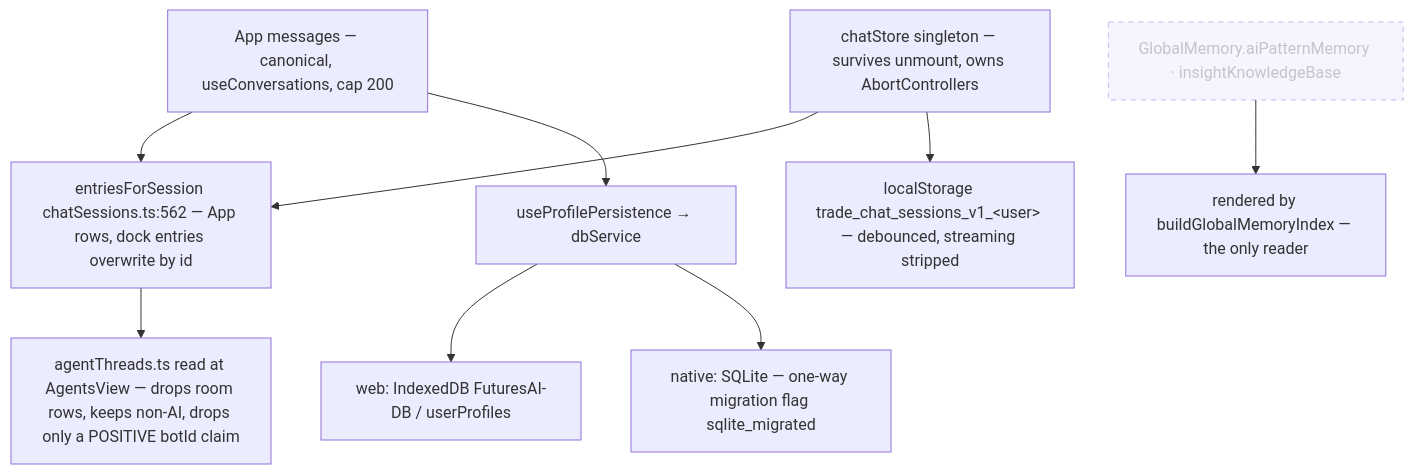
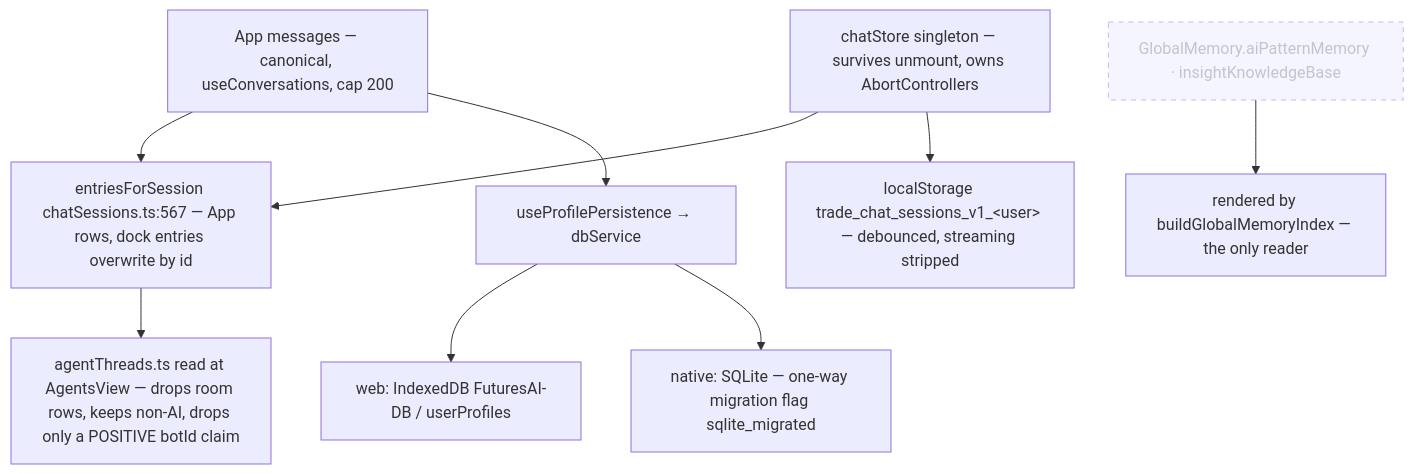
One commit to Acepay25/august-3.5 changed the seventh of 7 diagrams in docs/app-flow.md. Above: the diagram before and after it, drawn with Mermaid. The commit also changed other lines of this file and 12 other files, not shown here.

````diff
--- a/docs/app-flow.md
+++ b/docs/app-flow.md
@@ -358,12 +358,12 @@
 ```mermaid
 flowchart TD
-    MSG["App messages — canonical, useConversations, cap 200"] --> MER["entriesForSession chatSessions.ts:562 — App rows, dock entries overwrite by id"]
+    MSG["App messages — canonical, useConversations, cap 200"] --> MER["entriesForSession chatSessions.ts:567 — App rows, dock entries overwrite by id"]
     CS["chatStore singleton — survives unmount, owns AbortControllers"] --> MER
     MER --> PANE["agentThreads.ts read at AgentsView — drops room rows, keeps non-AI, drops only a POSITIVE botId claim"]
     CS --> LS["localStorage trade_chat_sessions_v1_&lt;user&gt; — debounced, streaming stripped"]
     MSG --> PP["useProfilePersistence → dbService"]
     PP --> IDB["web: IndexedDB FuturesAI-DB / userProfiles"]
     PP --> SQL["native: SQLite — one-way migration flag sqlite_migrated"]
     GM["GlobalMemory.aiPatternMemory · insightKnowledgeBase"]:::dead --> IDX["rendered by buildGlobalMemoryIndex — the only reader"]
     classDef dead stroke-dasharray: 5 5,opacity:.5
 ```
````
